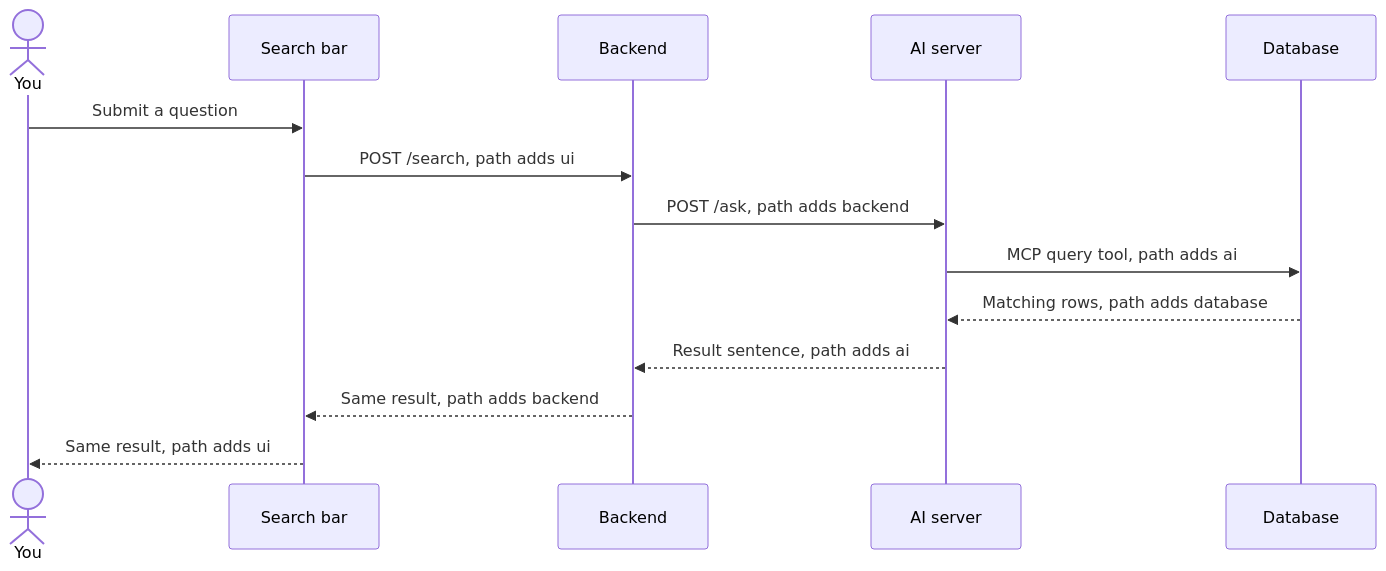
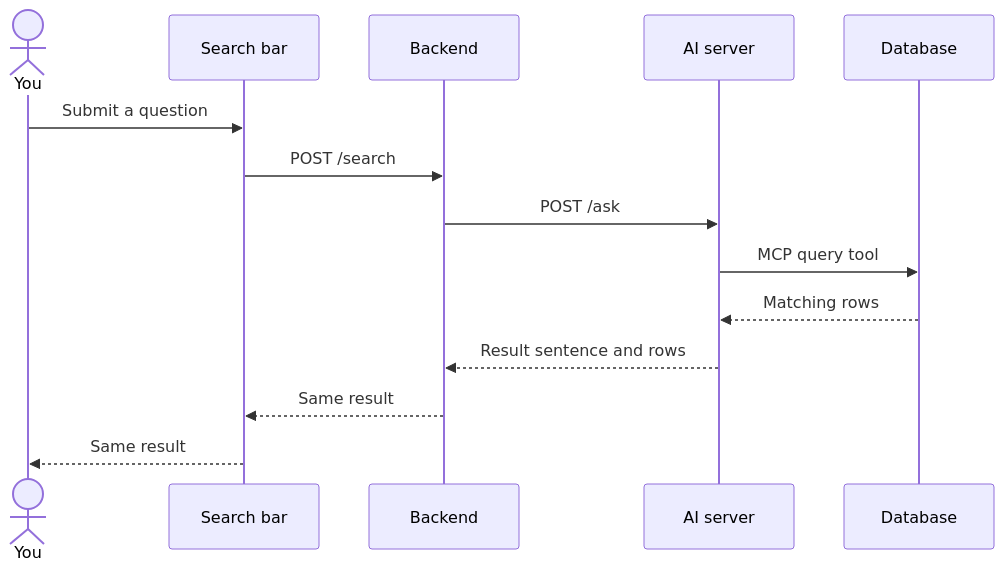
Before and after one commit to JohnChood2/data_explorer_agents: the first of 2 diagrams in docs/runbooks/HOW_APP_WORKS.md, drawn with Mermaid. The commit also changed other lines of this file and 8 other files, not shown here.

````diff
--- a/docs/runbooks/HOW_APP_WORKS.md
+++ b/docs/runbooks/HOW_APP_WORKS.md
@@ -11,17 +11,17 @@
 ```mermaid
 sequenceDiagram
     actor You
     participant Search as Search bar
     participant Backend
     participant AI as AI server
     participant DB as Database
 
     You->>Search: Submit a question
-    Search->>Backend: POST /search, path adds ui
-    Backend->>AI: POST /ask, path adds backend
-    AI->>DB: MCP query tool, path adds ai
-    DB-->>AI: Matching rows, path adds database
-    AI-->>Backend: Result sentence, path adds ai
-    Backend-->>Search: Same result, path adds backend
-    Search-->>You: Same result, path adds ui
+    Search->>Backend: POST /search
+    Backend->>AI: POST /ask
+    AI->>DB: MCP query tool
+    DB-->>AI: Matching rows
+    AI-->>Backend: Result sentence and rows
+    Backend-->>Search: Same result
+    Search-->>You: Same result
 ```
````
